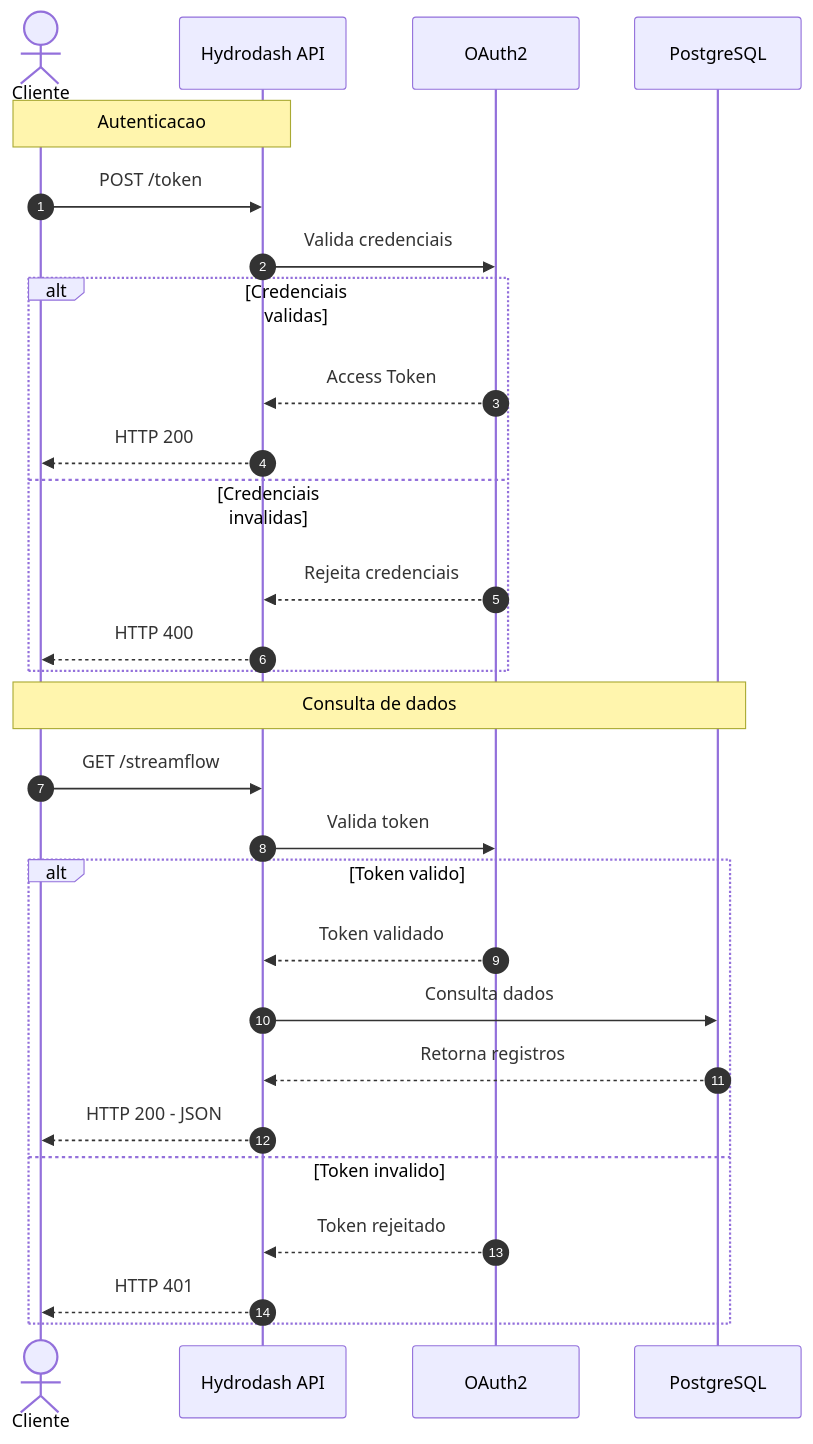
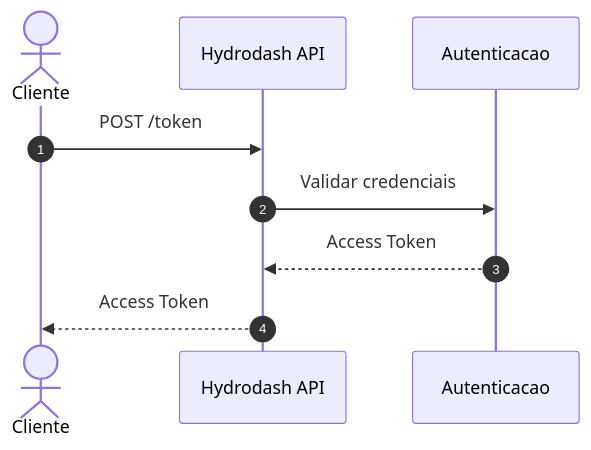
One commit to almagroa/hydrodash-api changed the first of 2 diagrams in README.md. Above: the diagram before and after it, drawn with Mermaid. The commit also changed other lines of this file, not shown here.

````diff
--- a/README.md
+++ b/README.md
@@ -23,37 +39,13 @@
 ```mermaid
 sequenceDiagram
     autonumber
 
     actor Cliente
     participant API as Hydrodash API
-    participant Auth as OAuth2
-    participant DB as PostgreSQL
-
-    Note over Cliente,API: Autenticacao
+    participant Auth as Autenticacao
 
     Cliente->>API: POST /token
-    API->>Auth: Valida credenciais
-
-    alt Credenciais validas
-        Auth-->>API: Access Token
-        API-->>Cliente: HTTP 200
-    else Credenciais invalidas
-        Auth-->>API: Rejeita credenciais
-        API-->>Cliente: HTTP 400
-    end
-
-    Note over Cliente,DB: Consulta de dados
-
-    Cliente->>API: GET /streamflow
-    API->>Auth: Valida token
-
-    alt Token valido
-        Auth-->>API: Token validado
-        API->>DB: Consulta dados
-        DB-->>API: Retorna registros
-        API-->>Cliente: HTTP 200 - JSON
-    else Token invalido
-        Auth-->>API: Token rejeitado
-        API-->>Cliente: HTTP 401
-    end
+    API->>Auth: Validar credenciais
+    Auth-->>API: Access Token
+    API-->>Cliente: Access Token
 ```
````
